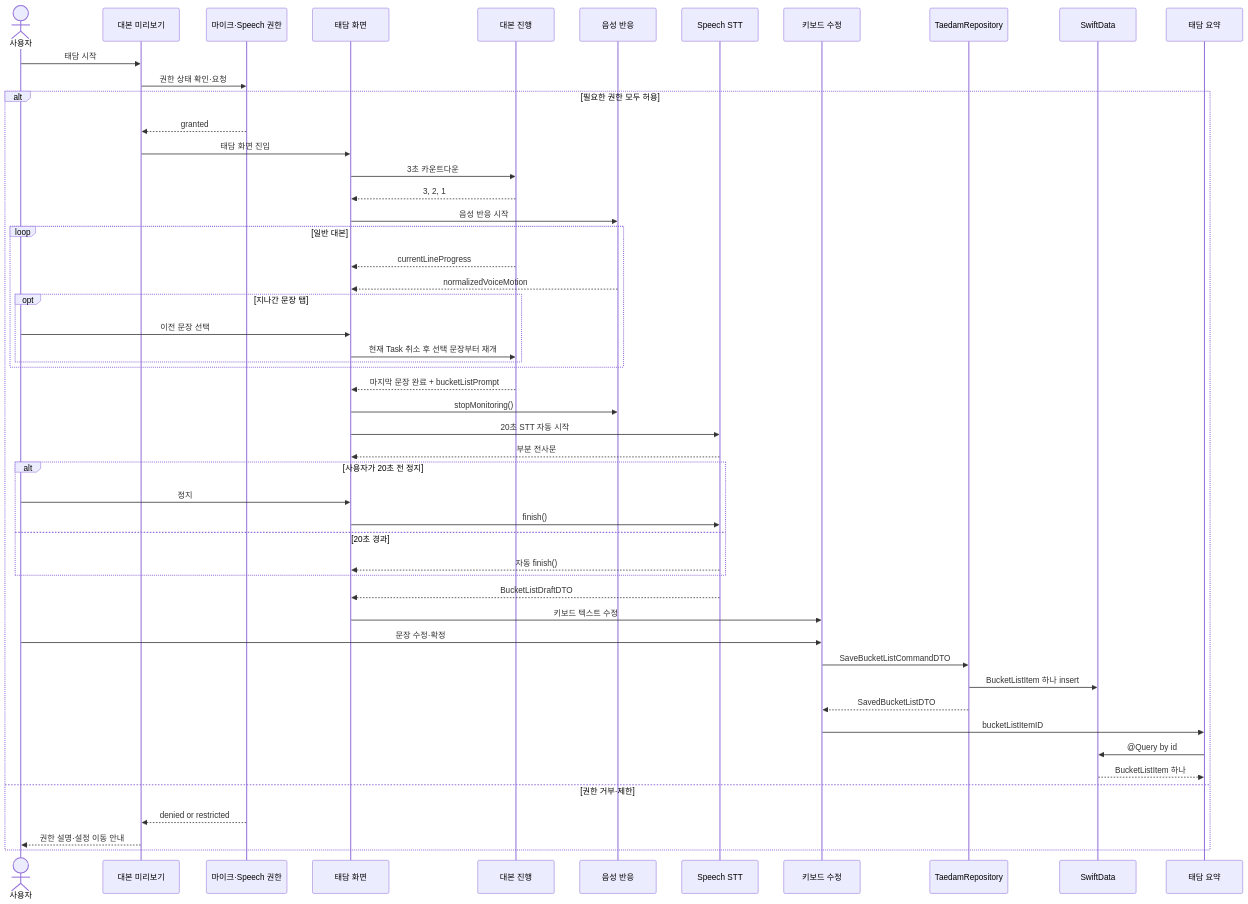
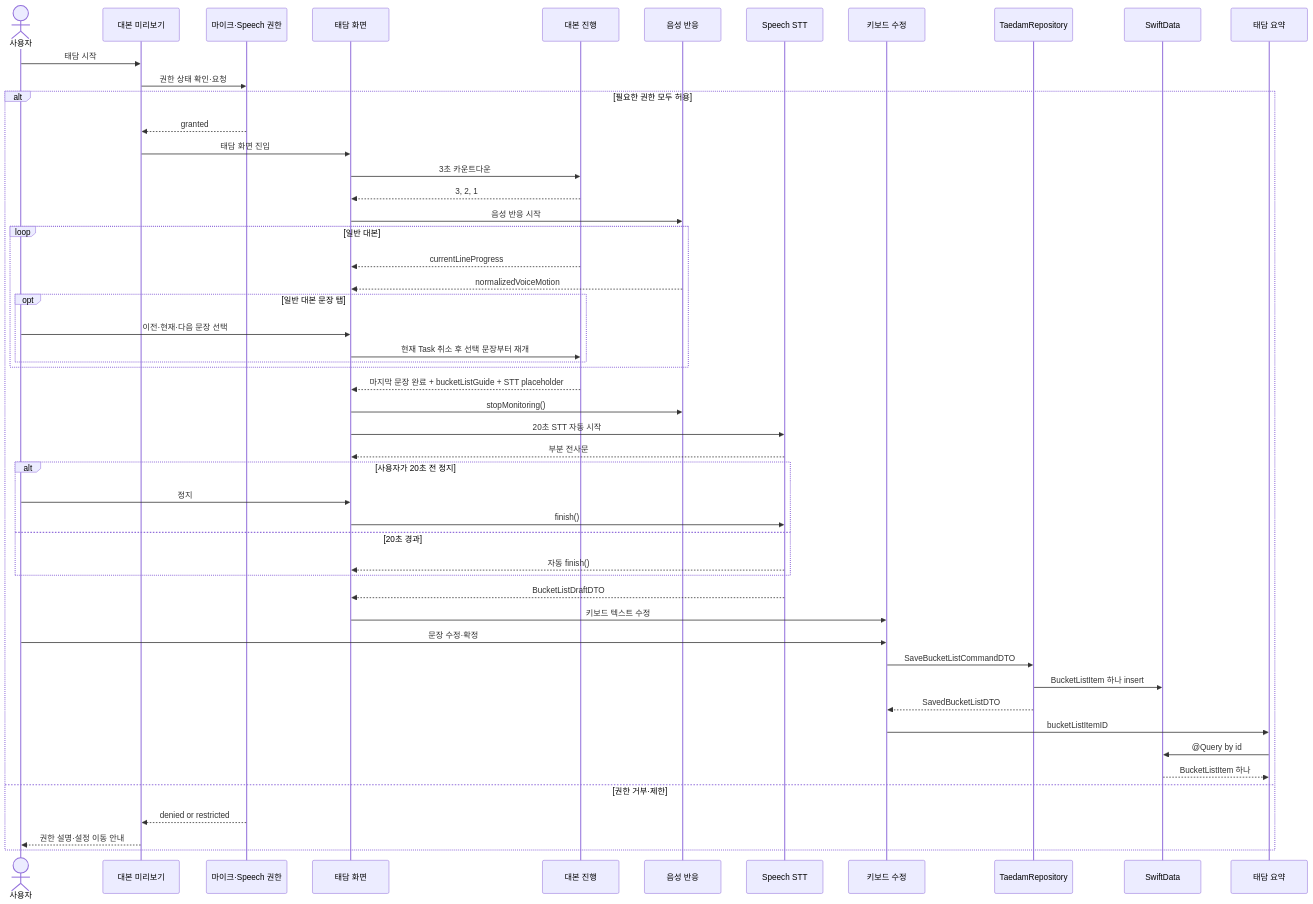
One commit to DeveloperAcademy-POSTECH/2026-C4-M15-siboya changed the diagram in docs/design/taedam-session-spec.md. Above: the diagram before and after it, drawn with Mermaid. The commit also changed other lines of this file and 16 other files, not shown here.

````diff
--- a/docs/design/taedam-session-spec.md
+++ b/docs/design/taedam-session-spec.md
@@ -103,54 +110,54 @@
 ```mermaid
 sequenceDiagram
     actor User as 사용자
     participant Preview as 대본 미리보기
     participant Permission as 마이크·Speech 권한
     participant Screen as 태담 화면
     participant Progress as 대본 진행
     participant Motion as 음성 반응
     participant Speech as Speech STT
     participant Keyboard as 키보드 수정
     participant Repository as TaedamRepository
     participant Data as SwiftData
     participant Summary as 태담 요약
 
     User->>Preview: 태담 시작
     Preview->>Permission: 권한 상태 확인·요청
     alt 필요한 권한 모두 허용
         Permission-->>Preview: granted
         Preview->>Screen: 태담 화면 진입
         Screen->>Progress: 3초 카운트다운
         Progress-->>Screen: 3, 2, 1
         Screen->>Motion: 음성 반응 시작
         loop 일반 대본
             Progress-->>Screen: currentLineProgress
             Motion-->>Screen: normalizedVoiceMotion
-            opt 지나간 문장 탭
-                User->>Screen: 이전 문장 선택
+            opt 일반 대본 문장 탭
+                User->>Screen: 이전·현재·다음 문장 선택
                 Screen->>Progress: 현재 Task 취소 후 선택 문장부터 재개
             end
         end
-        Progress-->>Screen: 마지막 문장 완료 + bucketListPrompt
+        Progress-->>Screen: 마지막 문장 완료 + bucketListGuide + STT placeholder
         Screen->>Motion: stopMonitoring()
         Screen->>Speech: 20초 STT 자동 시작
         Speech-->>Screen: 부분 전사문
         alt 사용자가 20초 전 정지
             User->>Screen: 정지
             Screen->>Speech: finish()
         else 20초 경과
             Speech-->>Screen: 자동 finish()
         end
         Speech-->>Screen: BucketListDraftDTO
         Screen->>Keyboard: 키보드 텍스트 수정
         User->>Keyboard: 문장 수정·확정
         Keyboard->>Repository: SaveBucketListCommandDTO
         Repository->>Data: BucketListItem 하나 insert
         Repository-->>Keyboard: SavedBucketListDTO
         Keyboard->>Summary: bucketListItemID
         Summary->>Data: @Query by id
         Data-->>Summary: BucketListItem 하나
     else 권한 거부·제한
         Permission-->>Preview: denied or restricted
         Preview-->>User: 권한 설명·설정 이동 안내
     end
 ```
````
